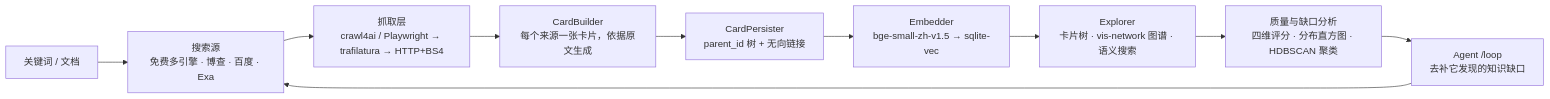
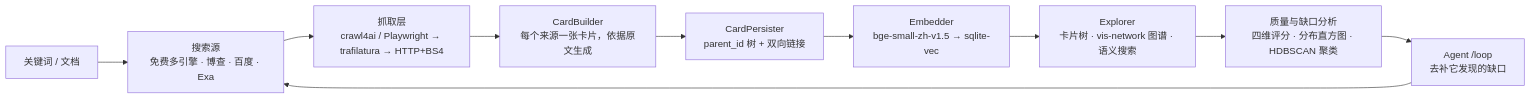
One commit to TC635807/KnowledgeDiver changed the diagram in README.md. Above: the diagram before and after it, drawn with Mermaid. The commit also changed other lines of this file and 1 other file, not shown here.

````diff
--- a/README.md
+++ b/README.md
@@ -134,12 +109,12 @@
 ```mermaid
 flowchart LR
     KW["关键词 / 文档"] --> SRC["搜索源<br/>免费多引擎 · 博查 · 百度 · Exa"]
     SRC --> FETCH["抓取层<br/>crawl4ai / Playwright → trafilatura → HTTP+BS4"]
     FETCH --> CB["CardBuilder<br/>每个来源一张卡片，依据原文生成"]
-    CB --> PERSIST["CardPersister<br/>parent_id 树 + 无向链接"]
+    CB --> PERSIST["CardPersister<br/>parent_id 树 + 双向链接"]
     PERSIST --> EMB["Embedder<br/>bge-small-zh-v1.5 → sqlite-vec"]
     EMB --> EXPL["Explorer<br/>卡片树 · vis-network 图谱 · 语义搜索"]
     EXPL --> QUAL["质量与缺口分析<br/>四维评分 · 分布直方图 · HDBSCAN 聚类"]
-    QUAL --> AGENT["Agent /loop<br/>去补它发现的知识缺口"]
+    QUAL --> AGENT["Agent /loop<br/>去补它发现的缺口"]
     AGENT --> SRC
 ```
````
